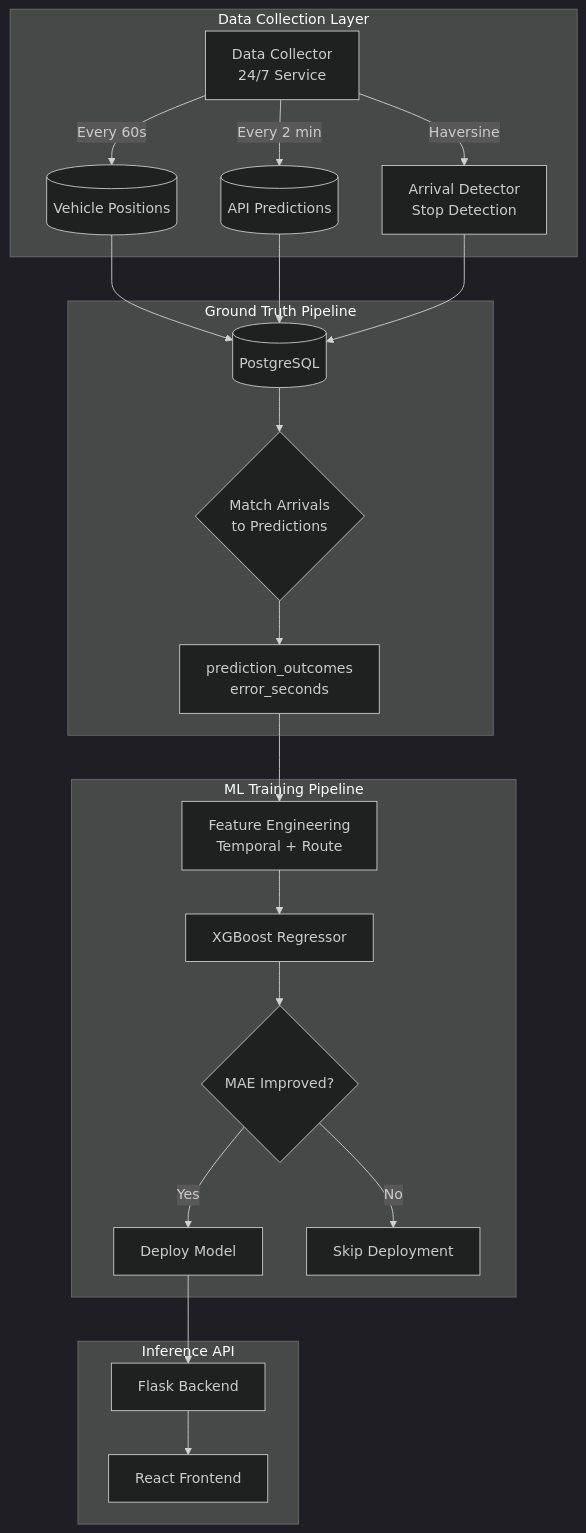
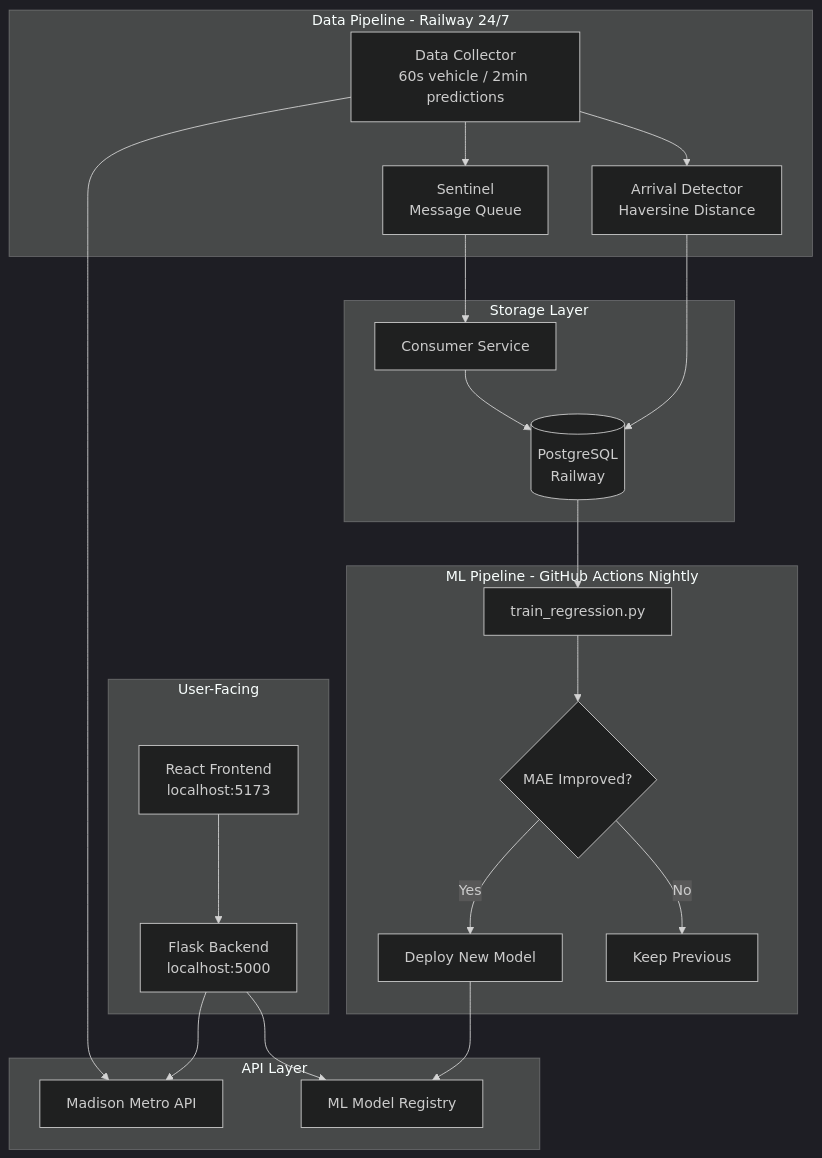
One commit to matteso1/madison-bus-eta changed the first of 8 diagrams in README.md. Above: the diagram before and after it, drawn with Mermaid (dark theme). The commit also changed other lines of this file, not shown here.

Commit message:
docs: expanded README with comprehensive Mermaid diagrams

````diff
--- a/README.md
+++ b/README.md
@@ -25,29 +23,34 @@
 ```mermaid
-flowchart TB
-    subgraph "Data Collection Layer"
-        COLLECTOR[Data Collector<br/>24/7 Service] -->|Every 60s| VEHICLES[(Vehicle Positions)]
-        COLLECTOR -->|Every 2 min| PREDICTIONS[(API Predictions)]
-        COLLECTOR -->|Haversine| ARRIVALS[Arrival Detector<br/>Stop Detection]
+graph TB
+    subgraph "User-Facing"
+        FE[React Frontend<br/>localhost:5173]
+        FE --> BE
     end
     
-    subgraph "Ground Truth Pipeline"
-        VEHICLES --> DB[(PostgreSQL)]
-        PREDICTIONS --> DB
-        ARRIVALS --> DB
-        DB --> MATCH{Match Arrivals<br/>to Predictions}
-        MATCH --> OUTCOMES[prediction_outcomes<br/>error_seconds]
+    subgraph "API Layer"
+        BE[Flask Backend<br/>localhost:5000]
+        BE --> METRO[Madison Metro API]
+        BE --> ML[ML Model Registry]
     end
     
-    subgraph "ML Training Pipeline"
-        OUTCOMES --> FE[Feature Engineering<br/>Temporal + Route]
-        FE --> MODEL[XGBoost Regressor]
-        MODEL --> EVAL{MAE Improved?}
-        EVAL -->|Yes| DEPLOY[Deploy Model]
-        EVAL -->|No| SKIP[Skip Deployment]
+    subgraph "Data Pipeline - Railway 24/7"
+        COLLECTOR[Data Collector<br/>60s vehicle / 2min predictions]
+        COLLECTOR --> METRO
+        COLLECTOR --> SENTINEL[Sentinel<br/>Message Queue]
+        COLLECTOR --> ARRIVALS[Arrival Detector<br/>Haversine Distance]
     end
     
-    subgraph "Inference API"
-        DEPLOY --> FLASK[Flask Backend]
-        FLASK --> REACT[React Frontend]
+    subgraph "Storage Layer"
+        SENTINEL --> CONSUMER[Consumer Service]
+        CONSUMER --> DB[(PostgreSQL<br/>Railway)]
+        ARRIVALS --> DB
+    end
+    
+    subgraph "ML Pipeline - GitHub Actions Nightly"
+        DB --> TRAINER[train_regression.py]
+        TRAINER --> EVAL{MAE Improved?}
+        EVAL -->|Yes| DEPLOY[Deploy New Model]
+        EVAL -->|No| SKIP[Keep Previous]
+        DEPLOY --> ML
     end
 ```
````
